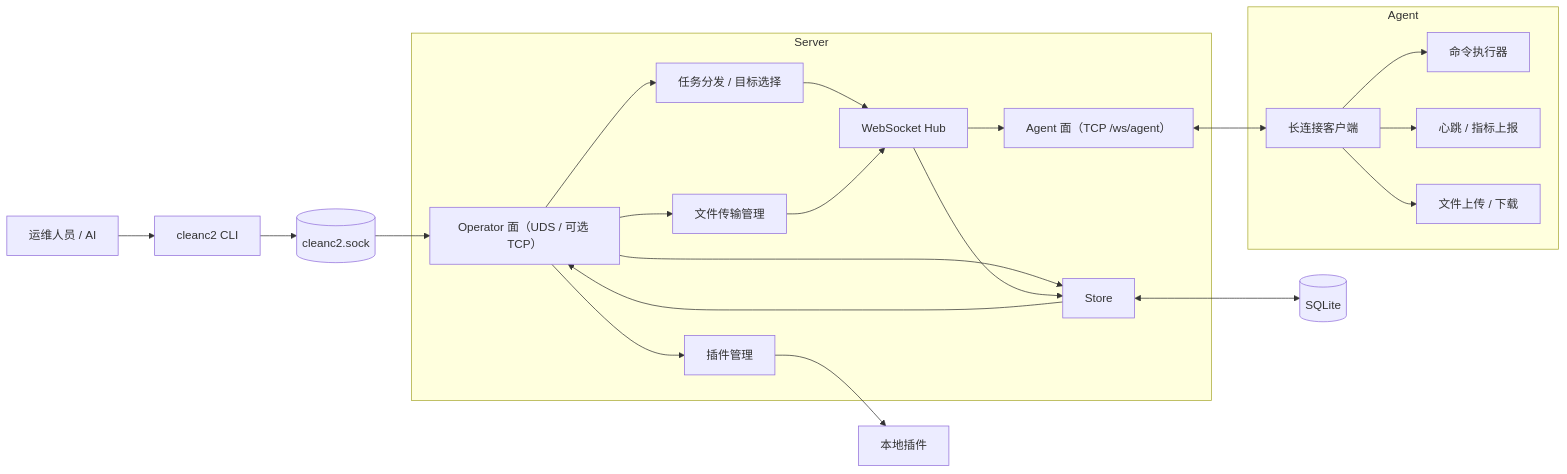
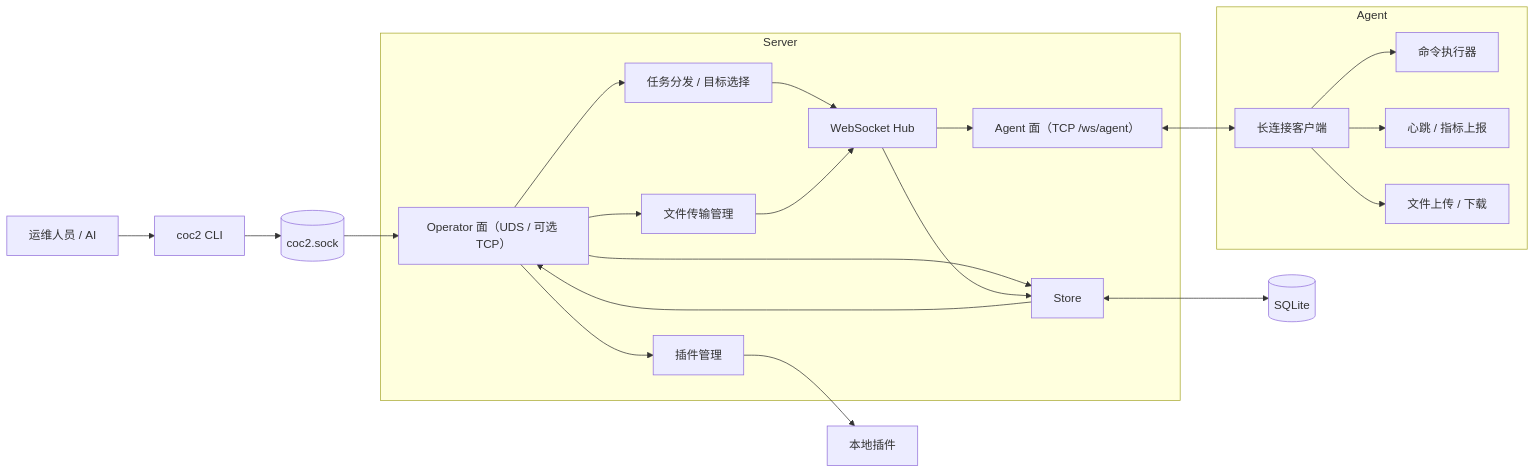
The diagram in README.md (adfoke/cleanc2), drawn with Mermaid before and after one commit. The commit also changed other lines of this file and 34 other files, not shown here.

First line of the commit message:
Rename project cleanc2 to coc2

````diff
--- a/README.md
+++ b/README.md
@@ -54,45 +54,45 @@
 ```mermaid
 flowchart LR
     operator["运维人员 / AI"]
-    cli["cleanc2 CLI"]
+    cli["coc2 CLI"]
 
     subgraph server["Server"]
         api["Operator 面（UDS / 可选 TCP）"]
         agentplane["Agent 面（TCP /ws/agent）"]
         hub["WebSocket Hub"]
         dispatch["任务分发 / 目标选择"]
         transfer["文件传输管理"]
         plugins["插件管理"]
         store["Store"]
     end
 
     subgraph agent_side["Agent"]
         conn["长连接客户端"]
         exec["命令执行器"]
         metrics["心跳 / 指标上报"]
         fileio["文件上传 / 下载"]
     end
 
-    sock[("cleanc2.sock")]
+    sock[("coc2.sock")]
     db[("SQLite")]
     hook["本地插件"]
 
     operator --> cli
     cli --> sock
     sock --> api
     agentplane <--> conn
     api --> dispatch
     api --> transfer
     api --> store
     api --> plugins
     dispatch --> hub
     transfer --> hub
     hub --> agentplane
     conn --> exec
     conn --> metrics
     conn --> fileio
     hub --> store
     store <--> db
     plugins --> hook
     store --> api
 ```
````
